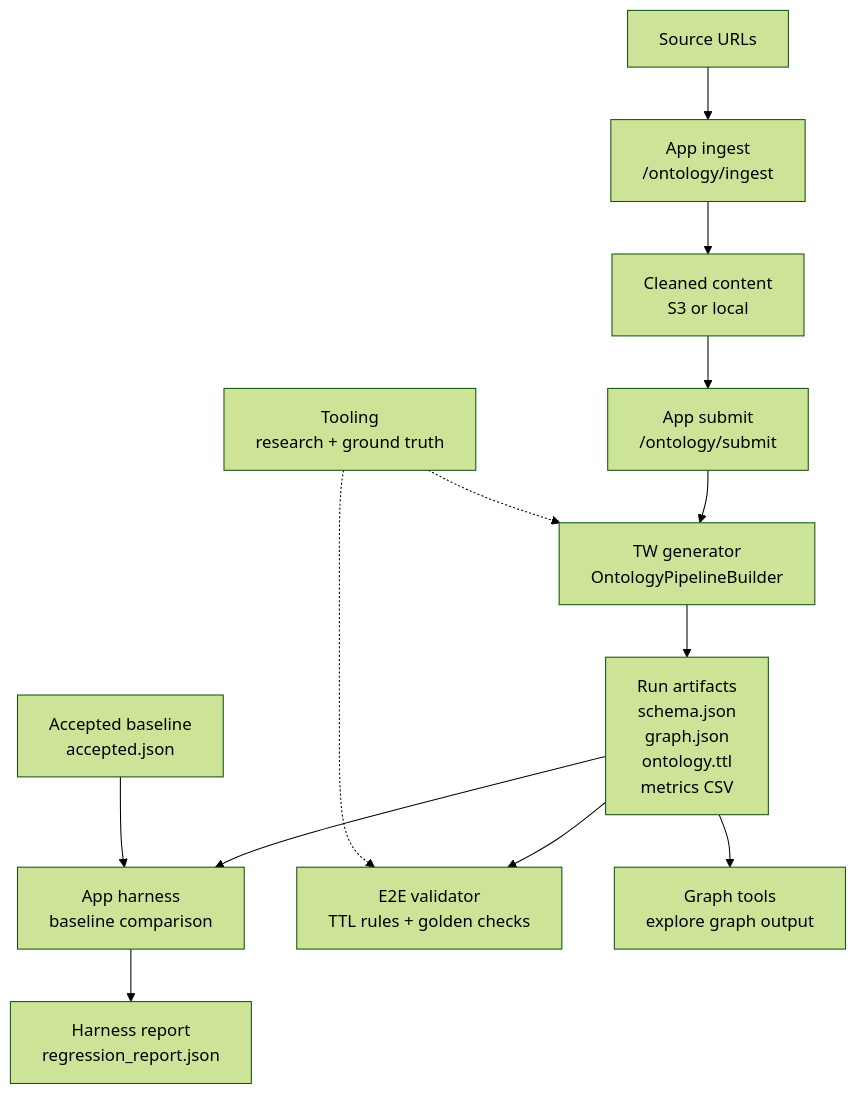
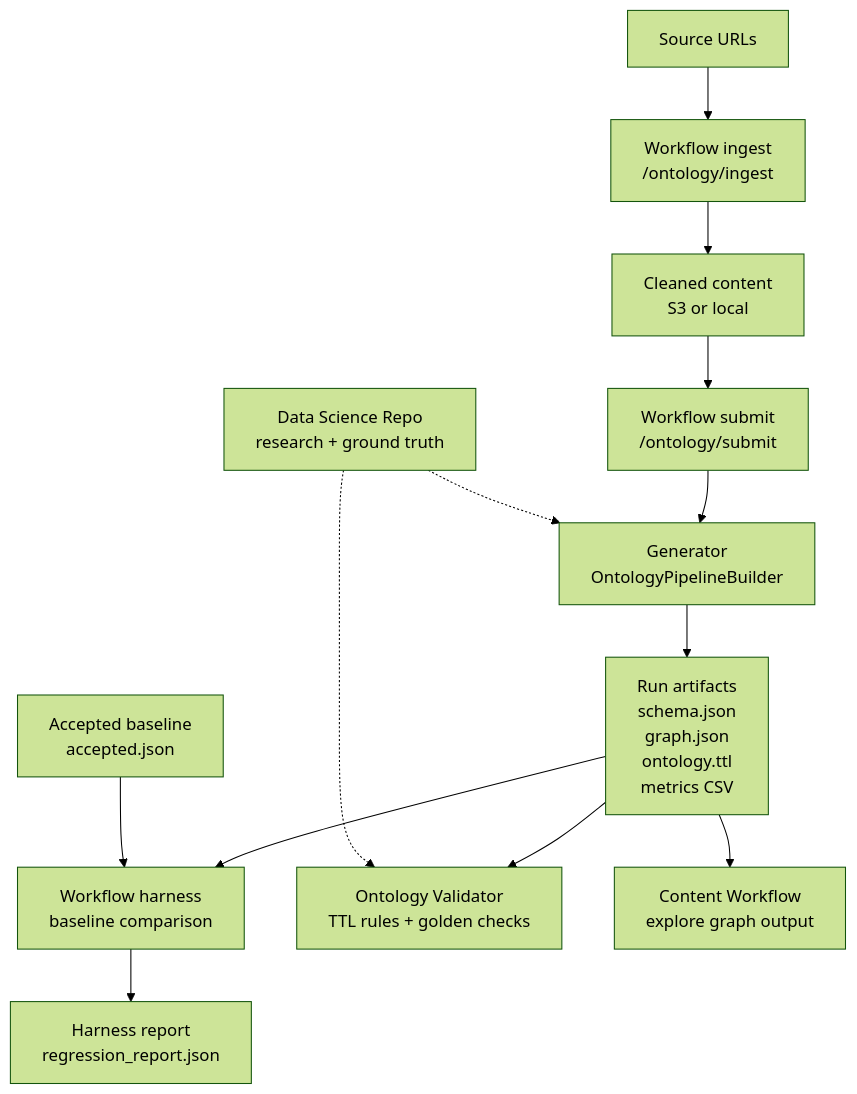
The diagram in docs/architecture/cross-repo-integration.md (alphagov/govuk-ai-accelerator), drawn with Mermaid (forest theme) before and after one commit. The commit also changed other lines of this file and 1 other file, not shown here.

Commit message:
Use canonical cross-repo role names

````diff
--- a/docs/architecture/cross-repo-integration.md
+++ b/docs/architecture/cross-repo-integration.md
@@ -21,28 +21,28 @@
 ```mermaid
 flowchart TD
     urls["Source URLs"]
-    ingest["App ingest\n/ontology/ingest"]
+    ingest["Workflow ingest\n/ontology/ingest"]
     cleaned["Cleaned content\nS3 or local"]
-    submit["App submit\n/ontology/submit"]
-    tooling["Tooling\nresearch + ground truth"]
-    generator["TW generator\nOntologyPipelineBuilder"]
+    submit["Workflow submit\n/ontology/submit"]
+    dataScience["Data Science Repo\nresearch + ground truth"]
+    generator["Generator\nOntologyPipelineBuilder"]
     artifacts["Run artifacts\nschema.json\ngraph.json\nontology.ttl\nmetrics CSV"]
     baseline["Accepted baseline\naccepted.json"]
-    harness["App harness\nbaseline comparison"]
+    harness["Workflow harness\nbaseline comparison"]
     report["Harness report\nregression_report.json"]
-    validator["E2E validator\nTTL rules + golden checks"]
-    graphTools["Graph tools\nexplore graph output"]
+    validator["Ontology Validator\nTTL rules + golden checks"]
+    contentWorkflow["Content Workflow\nexplore graph output"]
 
     urls --> ingest
     ingest --> cleaned
     cleaned --> submit
     submit --> generator
     generator --> artifacts
     artifacts --> harness
     baseline --> harness
     harness --> report
     artifacts --> validator
-    artifacts --> graphTools
-    tooling -.-> generator
-    tooling -.-> validator
+    artifacts --> contentWorkflow
+    dataScience -.-> generator
+    dataScience -.-> validator
 ```
````
